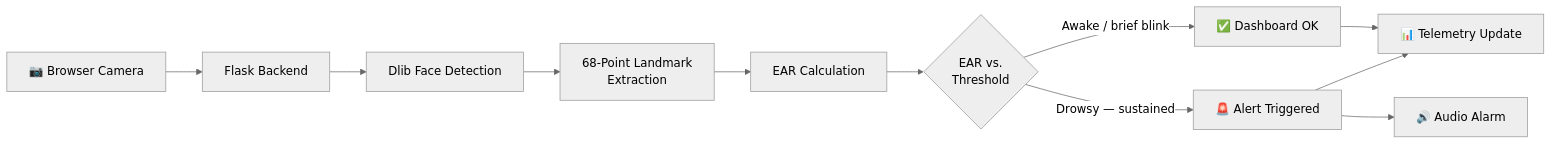
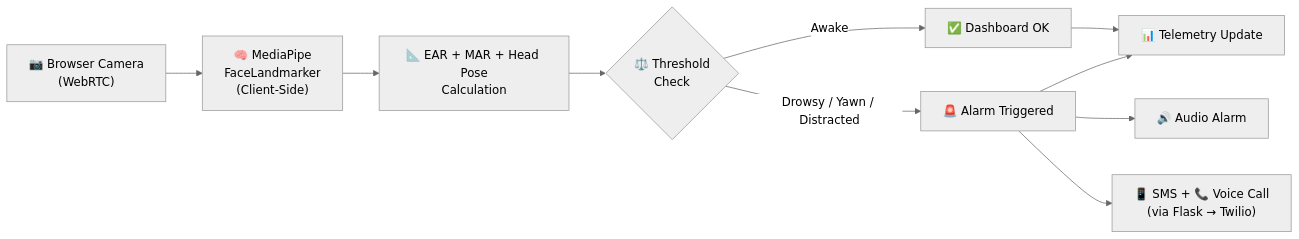
The first of 2 diagrams in README.md (yashrajagawane/driver-drowsiness-detection-system), drawn with Mermaid (neutral theme) before and after one commit. The commit also changed other lines of this file, not shown here.

Commit message:
docs: rewrite README to accurately reflect current architecture

````diff
--- a/README.md
+++ b/README.md
@@ -138,13 +225,12 @@
 ```mermaid
 flowchart LR
-    A[📷 Browser Camera] --> B[Flask Backend]
-    B --> C[Dlib Face Detection]
-    C --> D[68-Point Landmark<br/>Extraction]
-    D --> E[EAR Calculation]
-    E --> F{EAR vs.<br/>Threshold}
-    F -->|Awake / brief blink| G[✅ Dashboard OK]
-    F -->|Drowsy — sustained| H[🚨 Alert Triggered]
-    H --> I[🔊 Audio Alarm]
-    G --> J[📊 Telemetry Update]
-    H --> J
+    A["📷 Browser Camera<br/>(WebRTC)"] --> B["🧠 MediaPipe<br/>FaceLandmarker<br/>(Client-Side)"]
+    B --> C["📐 EAR + MAR + Head Pose<br/>Calculation"]
+    C --> D{"⚖️ Threshold<br/>Check"}
+    D -->|Awake| E["✅ Dashboard OK"]
+    D -->|Drowsy / Yawn / Distracted| F["🚨 Alarm Triggered"]
+    F --> G["🔊 Audio Alarm"]
+    F --> H["📱 SMS + 📞 Voice Call<br/>(via Flask → Twilio)"]
+    E --> I["📊 Telemetry Update"]
+    F --> I
 ```
````
